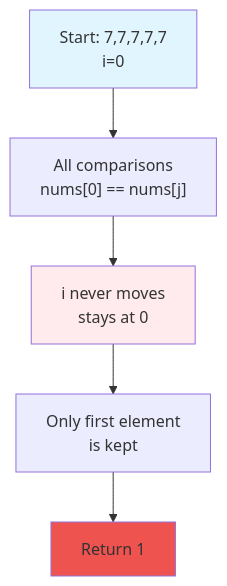
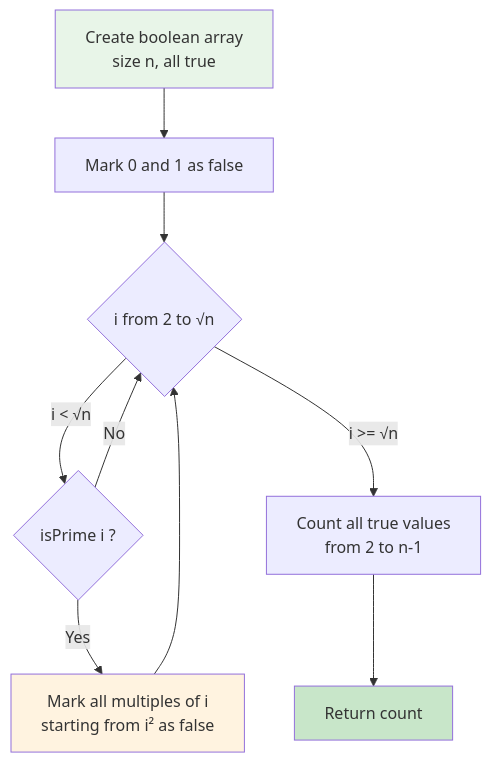
The seventh of 13 diagrams in README.md (LuckyLongre123/README_RUNNER), drawn with Mermaid before and after one commit. The commit also changed other lines of this file, not shown here.

````diff
--- a/README.md
+++ b/README.md
@@ -191,11 +178,15 @@
 ```mermaid
 flowchart TD
-    A["Start: 7,7,7,7,7<br/>i=0"] --> B["All comparisons<br/>nums[0] == nums[j]"]
-    B --> C["i never moves<br/>stays at 0"]
-    C --> D["Only first element<br/>is kept"]
-    D --> E["Return 1"]
+    A[Create boolean array<br/>size n, all true] --> B[Mark 0 and 1 as false]
+    B --> C{i from 2 to √n}
+    C -->|i < √n| D{isPrime i ?}
+    D -->|Yes| E[Mark all multiples of i<br/>starting from i² as false]
+    E --> C
+    D -->|No| C
+    C -->|i >= √n| F[Count all true values<br/>from 2 to n-1]
+    F --> G[Return count]
     
-    style A fill:#e1f5fe
-    style C fill:#ffebee
-    style E fill:#ef5350
+    style A fill:#e8f5e8
+    style E fill:#fff3e0
+    style G fill:#c8e6c9
 ```
````
